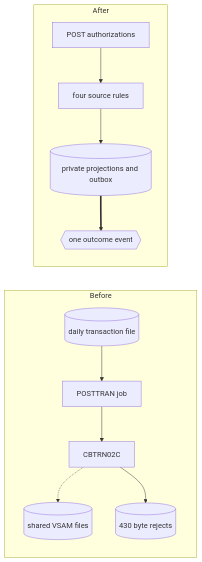
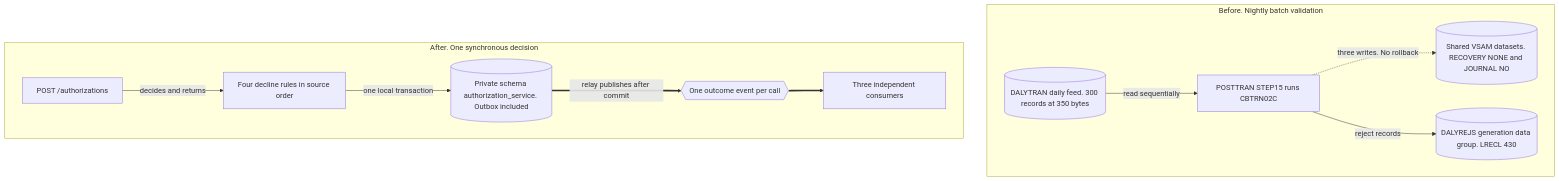
Before and after one commit to blitzy-public-samples/aws-carddemo-blitzy: the second of 2 diagrams in card-platform/services/authorization-service/README.md, drawn with Mermaid. The commit also changed other lines of this file and 51 other files, not shown here.

````diff
--- a/card-platform/services/authorization-service/README.md
+++ b/card-platform/services/authorization-service/README.md
@@ -159,24 +327,24 @@
 ```mermaid
-graph LR
-    subgraph BEFORE["Before"]
-        FEED[("daily transaction file")]
-        JOB["POSTTRAN job"]
-        COB["CBTRN02C"]
-        VS[("shared VSAM files")]
-        REJ[("430 byte rejects")]
-        FEED --> JOB
-        JOB --> COB
-        COB -.-> VS
-        COB --> REJ
+graph TB
+    subgraph BEFORE["Before. Nightly batch validation"]
+        FEED[("DALYTRAN daily feed. 300 records at 350 bytes")]
+        JOB["POSTTRAN STEP15 runs CBTRN02C"]
+        SHARED[("Shared VSAM datasets. RECOVERY NONE and JOURNAL NO")]
+        REJ[("DALYREJS generation data group. LRECL 430")]
+        FEED -->|"read sequentially"| JOB
+        JOB -.->|"three writes. No rollback"| SHARED
+        JOB -->|"reject records"| REJ
     end
 
-    subgraph AFTER["After"]
-        REQ["POST authorizations"]
-        RULES["four source rules"]
-        STORE[("private projections and outbox")]
-        TOPIC{{"one outcome event"}}
-        REQ --> RULES
-        RULES --> STORE
-        STORE ==> TOPIC
+    subgraph AFTER["After. One synchronous decision"]
+        REQ["POST /authorizations"]
+        RULES["Four decline rules in source order"]
+        PRIV[("Private schema authorization_service. Outbox included")]
+        EVENT{{"One outcome event per call"}}
+        CONS["Three independent consumers"]
+        REQ -->|"decides and returns"| RULES
+        RULES -->|"one local transaction"| PRIV
+        PRIV ==>|"relay publishes after commit"| EVENT
+        EVENT ==> CONS
     end
 ```
````
